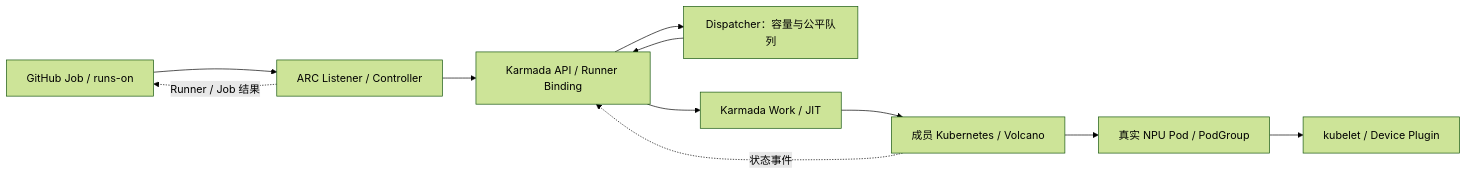
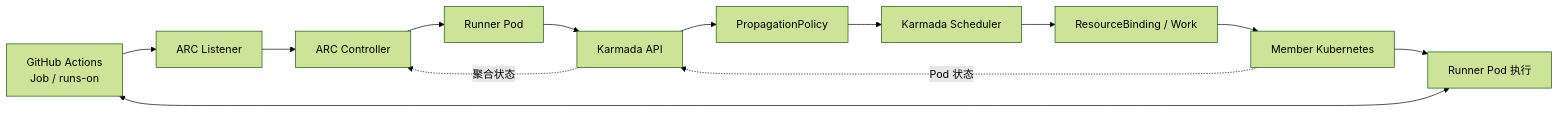
Before and after one commit to pkking/arc-karmada-test: the first of 13 diagrams in docs/ASCEND-CI-FEDERATED-CLUSTER-FUNCTIONAL-DESIGN.md, drawn with Mermaid (forest theme). The commit also changed other lines of this file, not shown here.

Commit message:
docs: align federation design with ARC and Karmada scope

````diff
--- a/docs/ASCEND-CI-FEDERATED-CLUSTER-FUNCTIONAL-DESIGN.md
+++ b/docs/ASCEND-CI-FEDERATED-CLUSTER-FUNCTIONAL-DESIGN.md
@@ -257,13 +238,15 @@
 ```mermaid
 flowchart LR
-    GH[GitHub Job / runs-on] --> ARC[ARC Listener / Controller]
-    ARC --> K[Karmada API / Runner Binding]
-    K --> D[Dispatcher：容量与公平队列]
-    D --> K
-    K --> W[Karmada Work / JIT]
-    W --> M[成员 Kubernetes / Volcano]
-    M --> P[真实 NPU Pod / PodGroup]
-    P --> DP[kubelet / Device Plugin]
-    M -. 状态事件 .-> K
-    ARC -. Runner / Job 结果 .-> GH
+    GH["GitHub Actions<br/>Job / runs-on"] --> L["ARC Listener"]
+    L --> C["ARC Controller"]
+    C --> RP["Runner Pod"]
+    RP --> K["Karmada API"]
+    K --> PP["PropagationPolicy"]
+    PP --> S["Karmada Scheduler"]
+    S --> B["ResourceBinding / Work"]
+    B --> M["Member Kubernetes"]
+    M --> R["Runner Pod 执行"]
+    M -. "Pod 状态" .-> K
+    K -. "聚合状态" .-> C
+    R <--> GH
 ```
````
